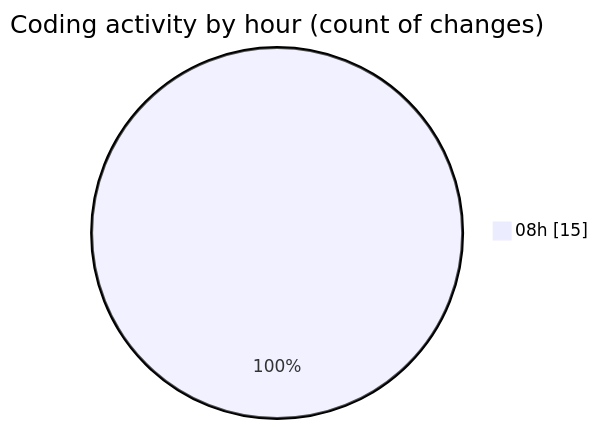
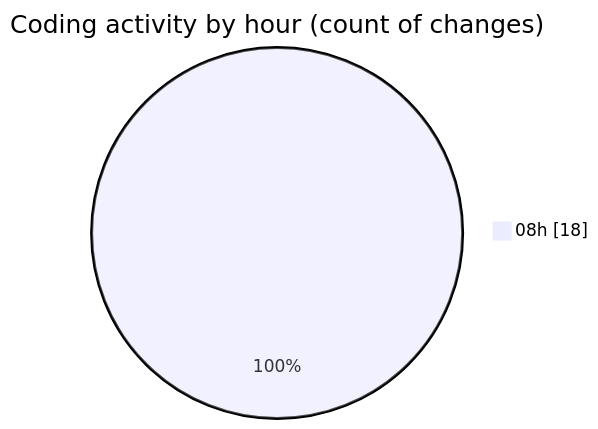
One commit to robertbonfada/code-tracking changed the second of 2 diagrams in 2025-03-05/frontend/README.md. Above: the diagram before and after it, drawn with Mermaid. The commit also changed other lines of this file and 1 other file, not shown here.

````diff
--- a/2025-03-05/frontend/README.md
+++ b/2025-03-05/frontend/README.md
@@ -29,5 +29,5 @@
 ```mermaid
 pie showData
 title Coding activity by hour (count of changes)
-"08h" : 15
+"08h" : 18
 ```
````
